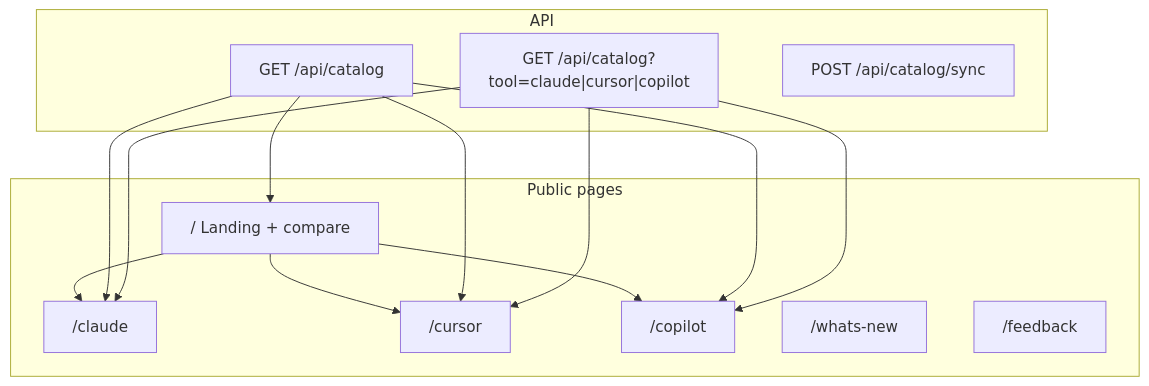
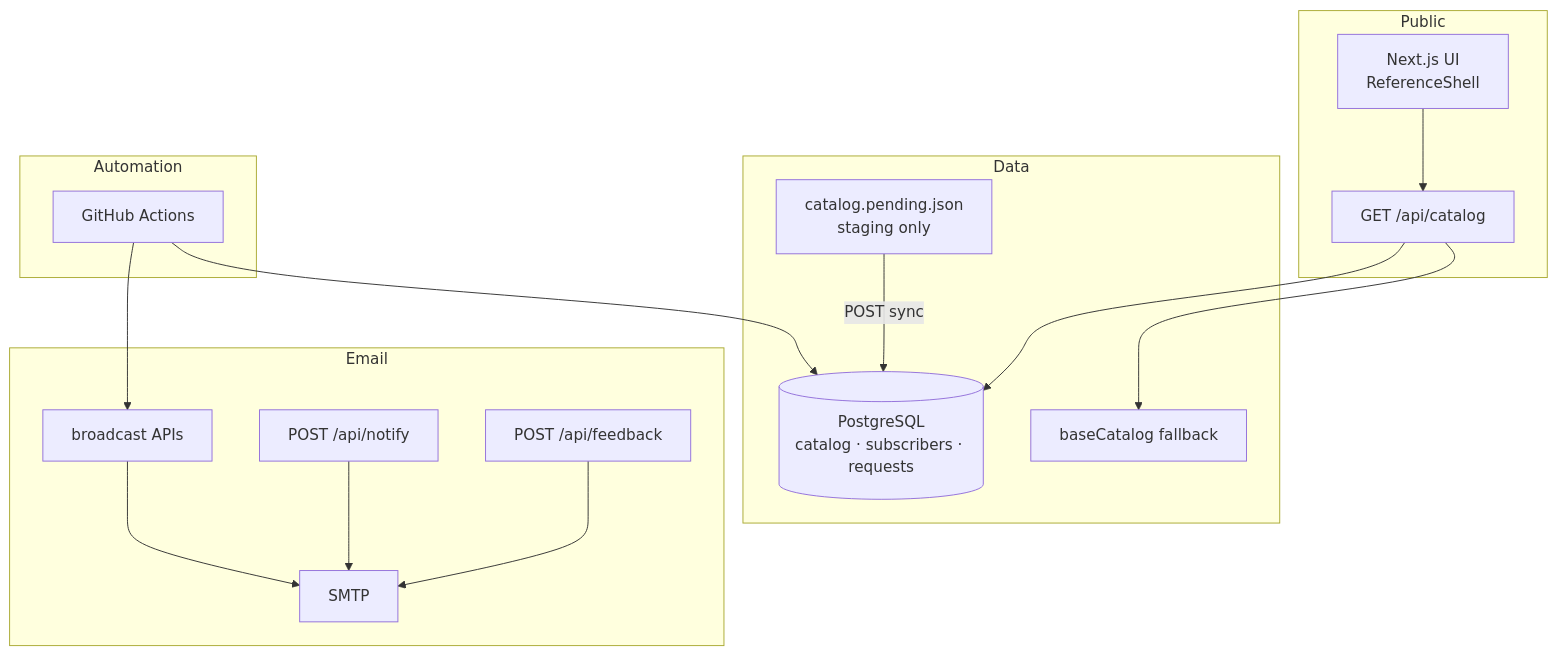
The first of 2 diagrams in README.md (nuthanm/aidevreference), drawn with Mermaid before and after one commit. The commit also changed other lines of this file and 13 other files, not shown here.

First line of the commit message:
Update documentation and enhance system architecture overview

````diff
--- a/README.md
+++ b/README.md
@@ -41,21 +31,32 @@
 ```mermaid
 flowchart TB
-  subgraph Public pages
-    HOME["/  Landing + compare"]
-    CLAUDE["/claude"]
-    CURSOR["/cursor"]
-    COPILOT["/copilot"]
-    NEW["/whats-new"]
-    FB["/feedback"]
+  subgraph Public
+    UI["Next.js UI\nReferenceShell"]
+    API_READ["GET /api/catalog"]
   end
 
-  subgraph API
-    API_ALL["GET /api/catalog"]
-    API_TOOL["GET /api/catalog?tool=claude|cursor|copilot"]
-    API_SYNC["POST /api/catalog/sync"]
+  subgraph Data
+    DB[("PostgreSQL\ncatalog · subscribers · requests")]
+    CODE["baseCatalog fallback"]
+    PEND["catalog.pending.json\nstaging only"]
   end
 
-  HOME --> CLAUDE & CURSOR & COPILOT
-  API_ALL --> HOME & CLAUDE & CURSOR & COPILOT
-  API_TOOL --> CLAUDE & CURSOR & COPILOT
+  subgraph Email
+    FB["POST /api/feedback"]
+    NOTIFY["POST /api/notify"]
+    BCAST["broadcast APIs"]
+    SMTP["SMTP"]
+  end
+
+  subgraph Automation
+    GHA["GitHub Actions"]
+  end
+
+  UI --> API_READ
+  API_READ --> DB
+  API_READ --> CODE
+  PEND -->|POST sync| DB
+  FB & NOTIFY & BCAST --> SMTP
+  GHA --> DB
+  GHA --> BCAST
 ```
````
